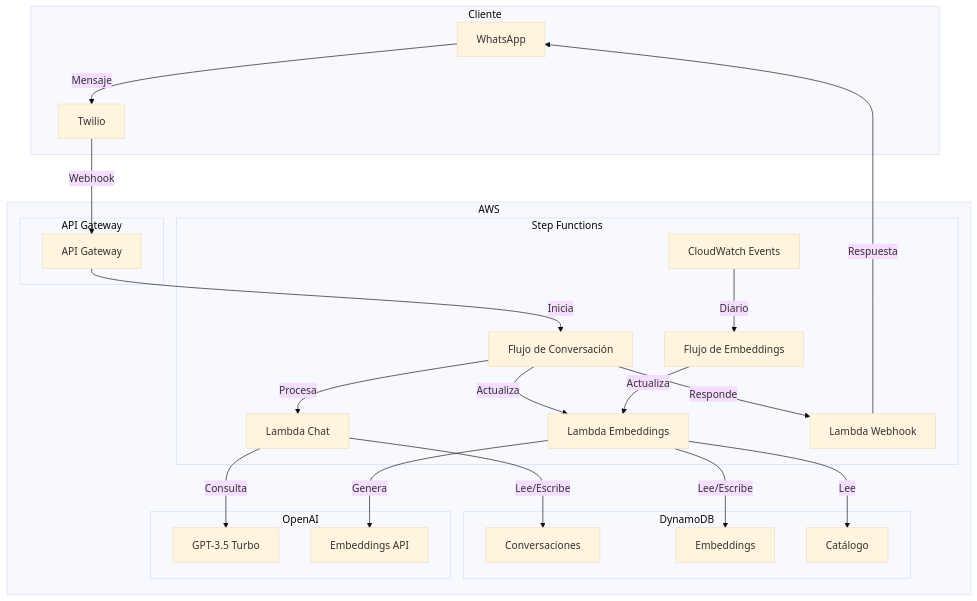
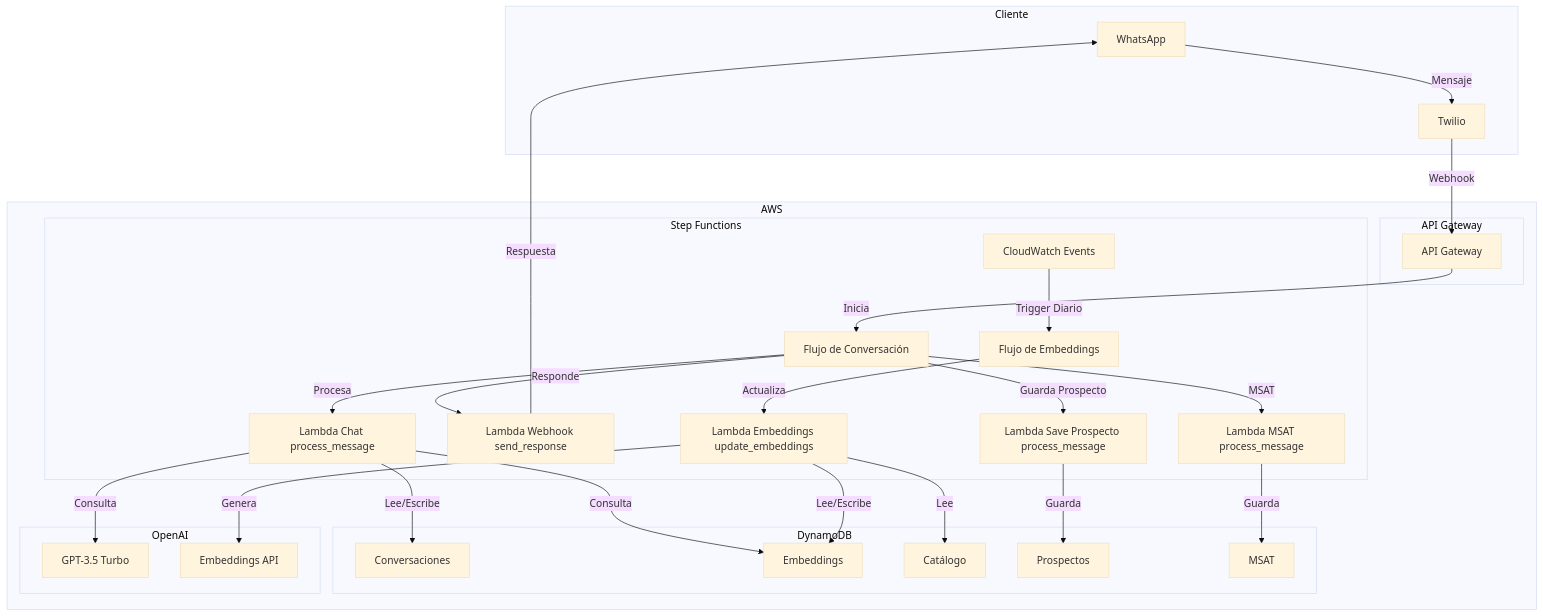
Before and after one commit to DanteRangel/ai-agent: the first of 3 diagrams in README.md, drawn with Mermaid (base theme). The commit also changed other lines of this file and 4 other files, not shown here.

````diff
--- a/README.md
+++ b/README.md
@@ -238,35 +238,38 @@
 ```mermaid
 graph TB
     subgraph Cliente
         WA[WhatsApp] -->|Mensaje| TW[Twilio]
     end
 
     subgraph AWS
         subgraph API Gateway
             TW -->|Webhook| APIG[API Gateway]
         end
 
         subgraph Step Functions
             APIG -->|Inicia| SF1[Flujo de Conversación]
-            SF1 -->|Procesa| L1[Lambda Chat]
-            SF1 -->|Actualiza| L2[Lambda Embeddings]
-            SF1 -->|Responde| L3[Lambda Webhook]
-            
-            CW[CloudWatch Events] -->|Diario| SF2[Flujo de Embeddings]
-            SF2 -->|Actualiza| L2
+            SF1 -->|Procesa| L1[Lambda Chat process_message]
+            SF1 -->|Responde| L3[Lambda Webhook send_response]
+            SF1 -->|Guarda Prospecto| L4[Lambda Save Prospecto process_message]
+            SF1 -->|MSAT| L5[Lambda MSAT process_message]
+            CW[CloudWatch Events] -->|Trigger Diario| SF2[Flujo de Embeddings]
+            SF2 -->|Actualiza| L2[Lambda Embeddings update_embeddings]
         end
 
         subgraph DynamoDB
             L1 -->|Lee/Escribe| DB1[Conversaciones]
+            L1 -->|Consulta| DB2[Embeddings]
             L2 -->|Lee/Escribe| DB2[Embeddings]
             L2 -->|Lee| DB3[Catálogo]
+            L4 -->|Guarda| DB4[Prospectos]
+            L5 -->|Guarda| DB5[MSAT]
         end
 
         subgraph OpenAI
             L1 -->|Consulta| GPT[GPT-3.5 Turbo]
             L2 -->|Genera| EMB[Embeddings API]
         end
     end
 
     L3 -->|Respuesta| WA
 ```
````
